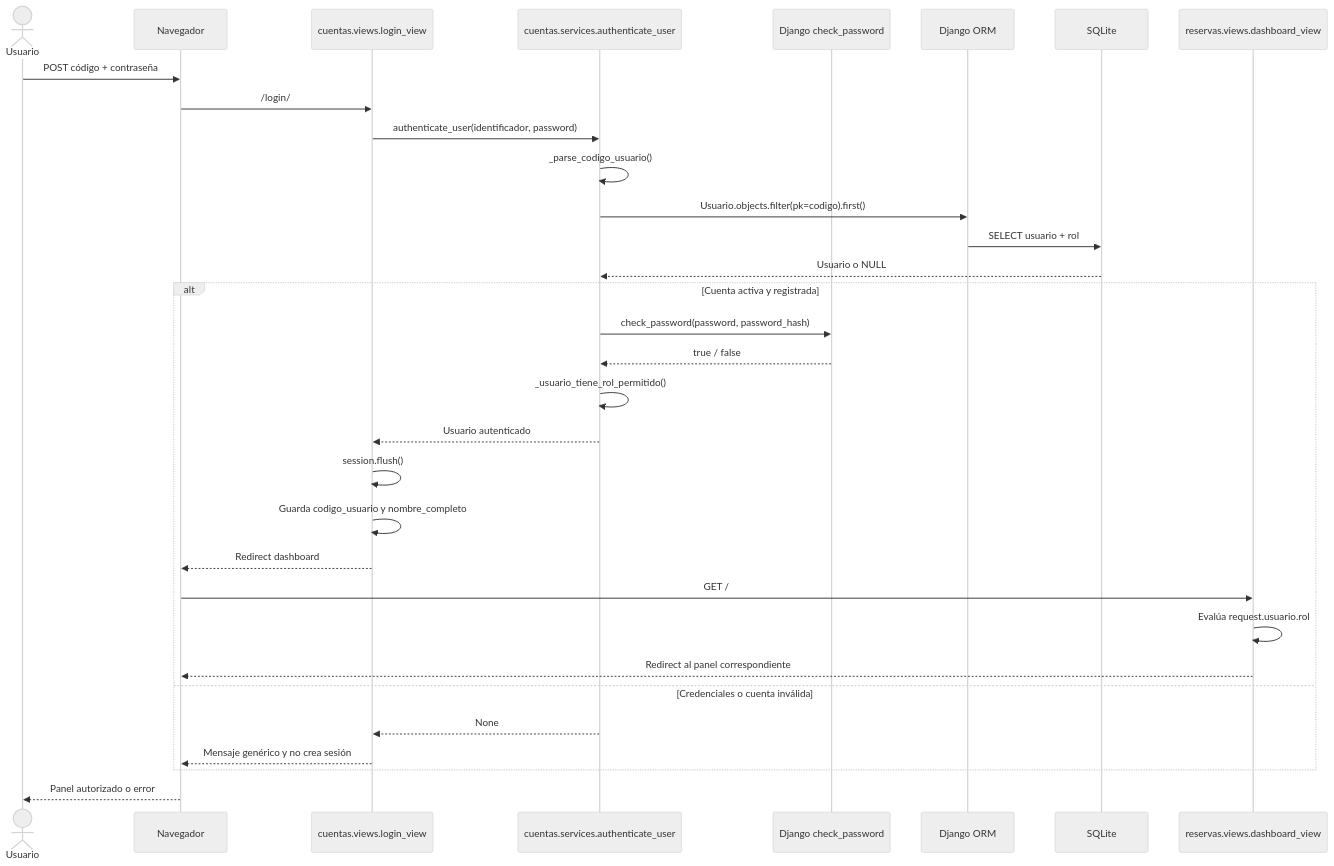
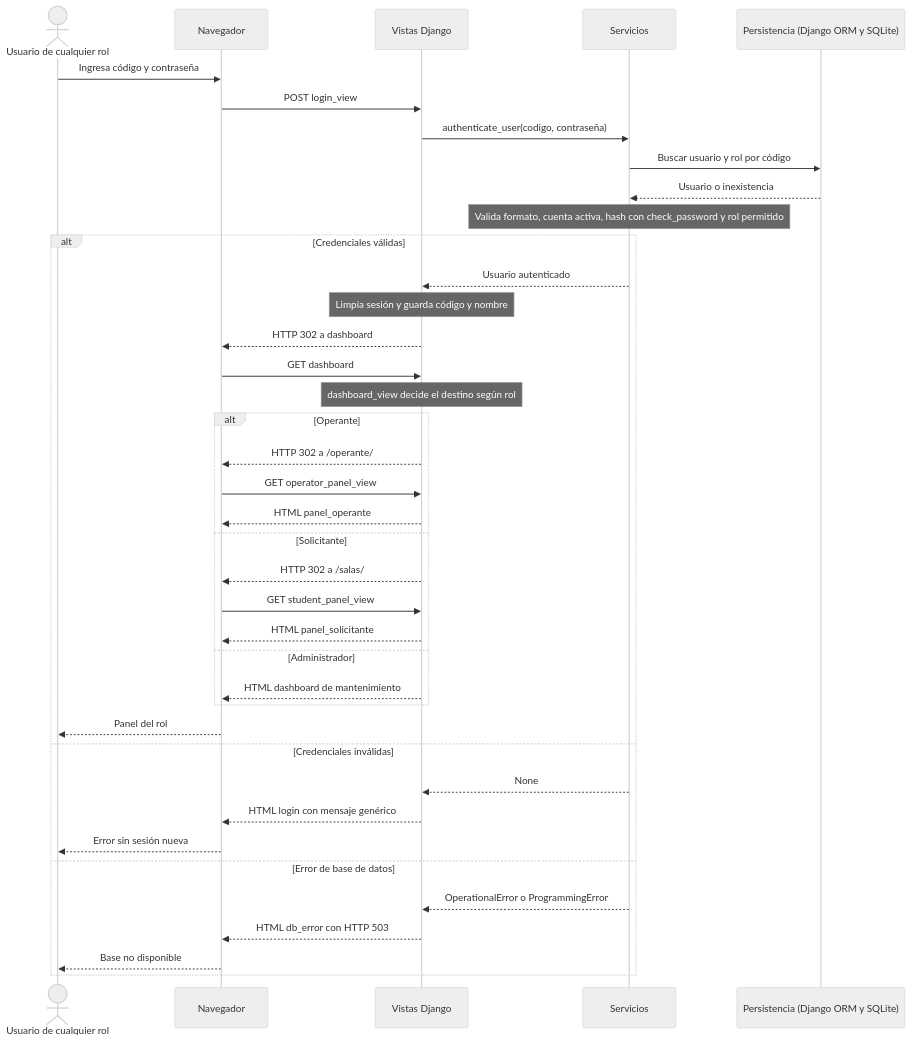
One commit to Sebas0032/SalaMandra changed diagram 14 of 14 in docs/sesion-07-modelos.md. Above: the diagram before and after it, drawn with Mermaid (neutral theme). The commit also changed other lines of this file and 11 other files, not shown here.

Commit message:
Update architecture and test traceability documentation, reorganize use cases, fix diagrams, expand interaction flows, restore weekday-only reservations, consolidate redundant tests, and remove obsolete diagram images

````diff
--- a/docs/sesion-07-modelos.md
+++ b/docs/sesion-07-modelos.md
@@ -985,35 +993,41 @@
 ```mermaid
 sequenceDiagram
-    actor U as Usuario
+    actor U as Usuario de cualquier rol
     participant B as Navegador
-    participant V as cuentas.views.login_view
-    participant CS as cuentas.services.authenticate_user
-    participant H as Django check_password
-    participant ORM as Django ORM
-    participant DB as SQLite
-    participant D as reservas.views.dashboard_view
-
-    U->>B: POST código + contraseña
-    B->>V: /login/
-    V->>CS: authenticate_user(identificador, password)
-    CS->>CS: _parse_codigo_usuario()
-    CS->>ORM: Usuario.objects.filter(pk=codigo).first()
-    ORM->>DB: SELECT usuario + rol
-    DB-->>CS: Usuario o NULL
-    alt Cuenta activa y registrada
-        CS->>H: check_password(password, password_hash)
-        H-->>CS: true / false
-        CS->>CS: _usuario_tiene_rol_permitido()
-        CS-->>V: Usuario autenticado
-        V->>V: session.flush()
-        V->>V: Guarda codigo_usuario y nombre_completo
-        V-->>B: Redirect dashboard
-        B->>D: GET /
-        D->>D: Evalúa request.usuario.rol
-        D-->>B: Redirect al panel correspondiente
-    else Credenciales o cuenta inválida
-        CS-->>V: None
-        V-->>B: Mensaje genérico y no crea sesión
+    participant V as Vistas Django
+    participant S as Servicios
+    participant D as Persistencia (Django ORM y SQLite)
+    U->>B: Ingresa código y contraseña
+    B->>V: POST login_view
+    V->>S: authenticate_user(codigo, contraseña)
+    S->>D: Buscar usuario y rol por código
+    D-->>S: Usuario o inexistencia
+    Note over S: Valida formato, cuenta activa, hash con check_password y rol permitido
+    alt Credenciales válidas
+        S-->>V: Usuario autenticado
+        Note over V: Limpia sesión y guarda código y nombre
+        V-->>B: HTTP 302 a dashboard
+        B->>V: GET dashboard
+        Note over V: dashboard_view decide el destino según rol
+        alt Operante
+            V-->>B: HTTP 302 a /operante/
+            B->>V: GET operator_panel_view
+            V-->>B: HTML panel_operante
+        else Solicitante
+            V-->>B: HTTP 302 a /salas/
+            B->>V: GET student_panel_view
+            V-->>B: HTML panel_solicitante
+        else Administrador
+            V-->>B: HTML dashboard de mantenimiento
+        end
+        B-->>U: Panel del rol
+    else Credenciales inválidas
+        S-->>V: None
+        V-->>B: HTML login con mensaje genérico
+        B-->>U: Error sin sesión nueva
+    else Error de base de datos
+        S-->>V: OperationalError o ProgrammingError
+        V-->>B: HTML db_error con HTTP 503
+        B-->>U: Base no disponible
     end
-    B-->>U: Panel autorizado o error
 ```
````
